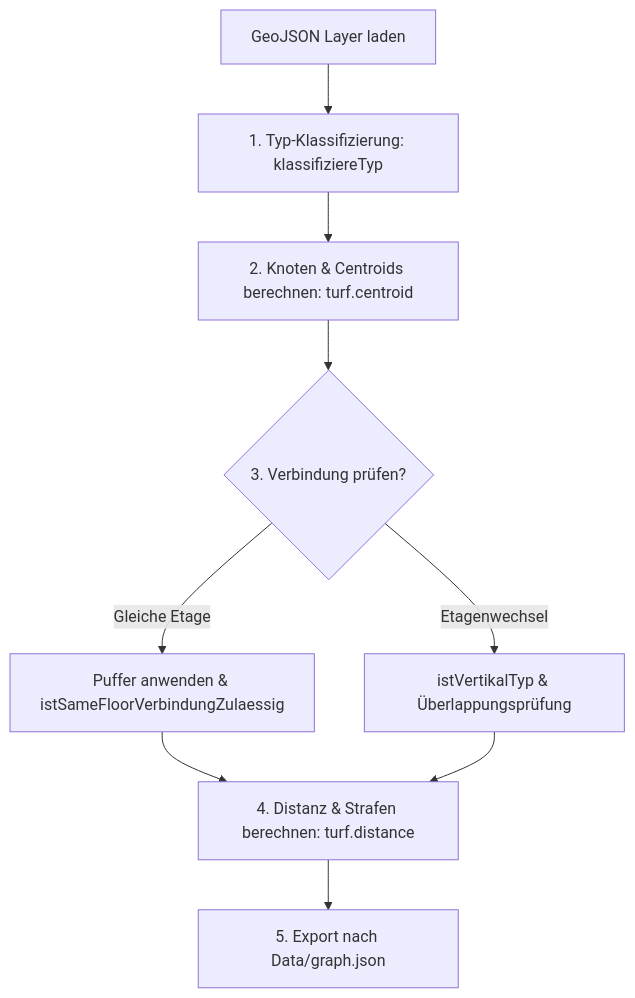
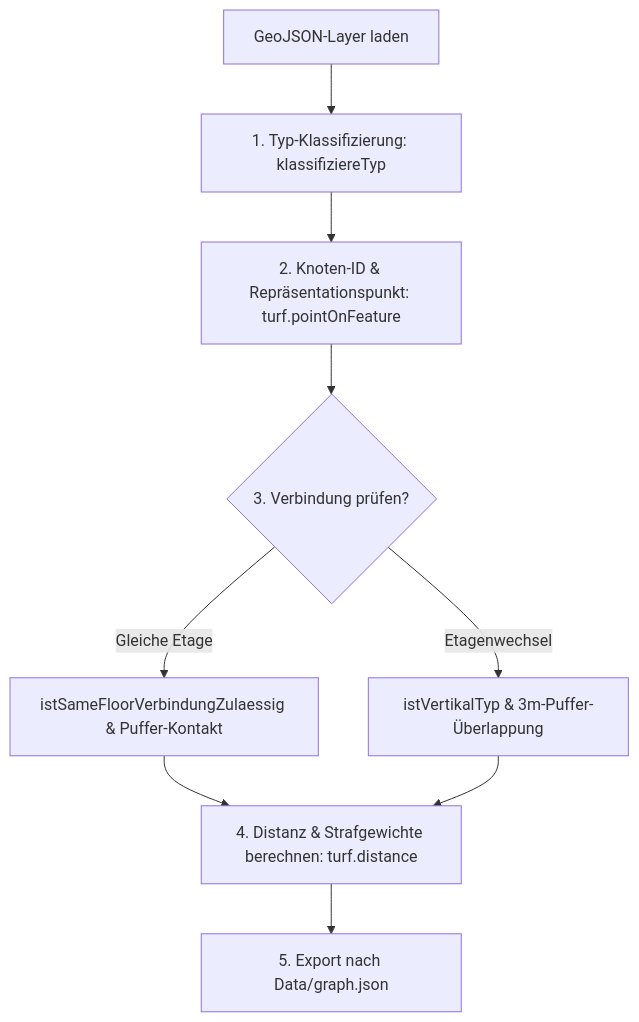
The diagram in docs/⚙️-Backend-&-Graphenerstellung.md (Der-Mehlmann/KrokenKompass), drawn with Mermaid before and after one commit. The commit also changed other lines of this file and 9 other files, not shown here.

````diff
--- a/docs/⚙️-Backend-&-Graphenerstellung.md
+++ b/docs/⚙️-Backend-&-Graphenerstellung.md
@@ -31,11 +33,11 @@
 ```mermaid
 flowchart TD
-    A[GeoJSON Layer laden] --> B[1. Typ-Klassifizierung: klassifiziereTyp]
-    B --> C[2. Knoten & Centroids berechnen: turf.centroid]
+    A[GeoJSON-Layer laden] --> B[1. Typ-Klassifizierung: klassifiziereTyp]
+    B --> C[2. Knoten-ID & Repräsentationspunkt: turf.pointOnFeature]
     C --> D{3. Verbindung prüfen?}
-    D -->|Gleiche Etage| E[Puffer anwenden & istSameFloorVerbindungZulaessig]
-    D -->|Etagenwechsel| F[istVertikalTyp & Überlappungsprüfung]
-    E --> G[4. Distanz & Strafen berechnen: turf.distance]
+    D -->|Gleiche Etage| E[istSameFloorVerbindungZulaessig & Puffer-Kontakt]
+    D -->|Etagenwechsel| F[istVertikalTyp & 3m-Puffer-Überlappung]
+    E --> G[4. Distanz & Strafgewichte berechnen: turf.distance]
     F --> G
     G --> H[5. Export nach Data/graph.json]
 ```
````
